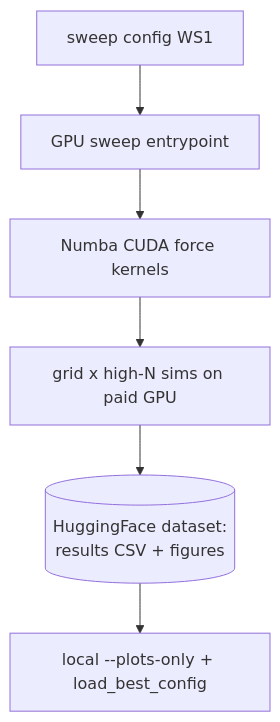
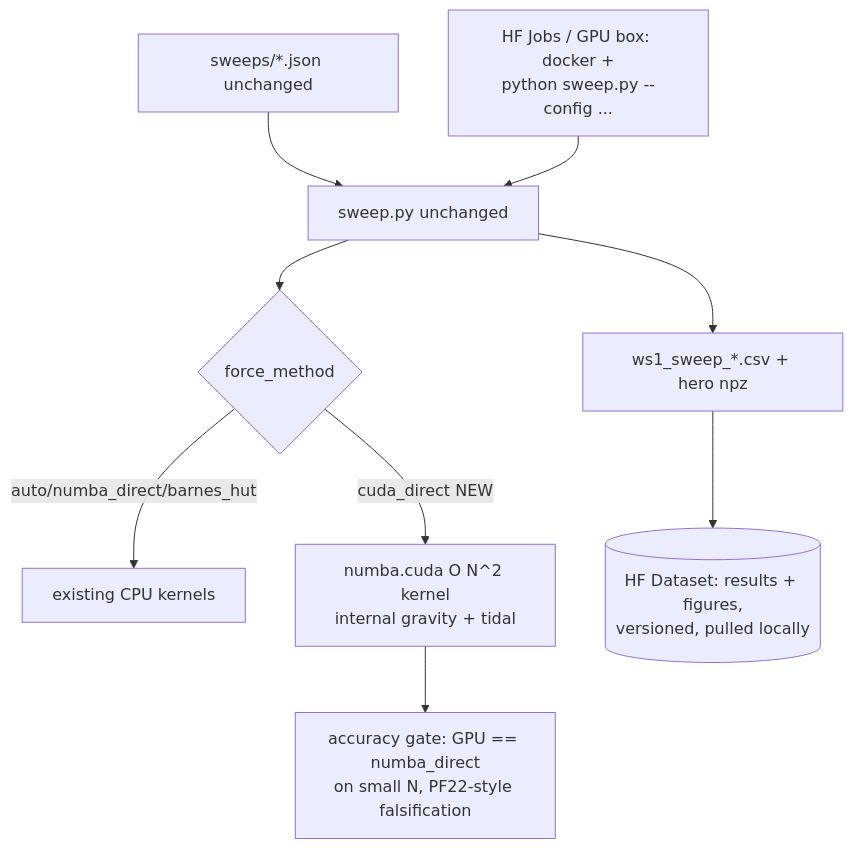
One commit to MartinGamsby/ProgenitorNodeModelCosmology changed the diagram in lode/plans/scale-out-gpu-hf.md. Above: the diagram before and after it, drawn with Mermaid. The commit also changed other lines of this file and 9 other files, not shown here.

````diff
--- a/lode/plans/scale-out-gpu-hf.md
+++ b/lode/plans/scale-out-gpu-hf.md
@@ -23,8 +17,11 @@
 ```mermaid
 graph TD
-    CFG[sweep config WS1] --> ENTRY[GPU sweep entrypoint]
-    ENTRY --> NUMBACUDA[Numba CUDA force kernels]
-    NUMBACUDA --> RUNS[grid x high-N sims on paid GPU]
-    RUNS --> HFDS[(HuggingFace dataset:<br/>results CSV + figures)]
-    HFDS --> LOCAL[local --plots-only + load_best_config]
+    CFG[sweeps/*.json unchanged] --> SW[sweep.py unchanged]
+    SW --> FM{force_method}
+    FM -- auto/numba_direct/barnes_hut --> CPU[existing CPU kernels]
+    FM -- cuda_direct NEW --> CUDA[numba.cuda O N^2 kernel<br/>internal gravity + tidal]
+    CUDA --> GATE[accuracy gate: GPU == numba_direct<br/>on small N, PF22-style falsification]
+    SW --> CSV[ws1_sweep_*.csv + hero npz]
+    CSV --> HFDS[(HF Dataset: results + figures,<br/>versioned, pulled locally)]
+    JOB[HF Jobs / GPU box: docker +<br/>python sweep.py --config ...] --> SW
 ```
````
